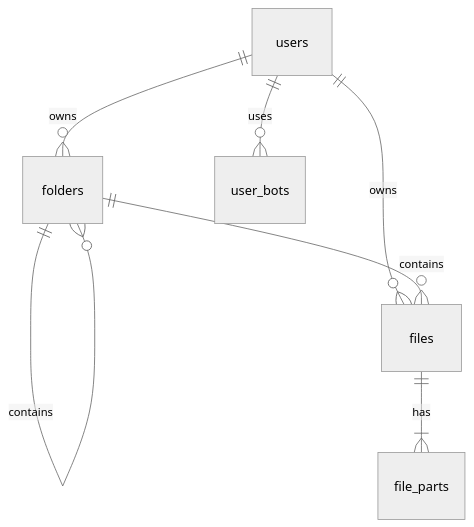
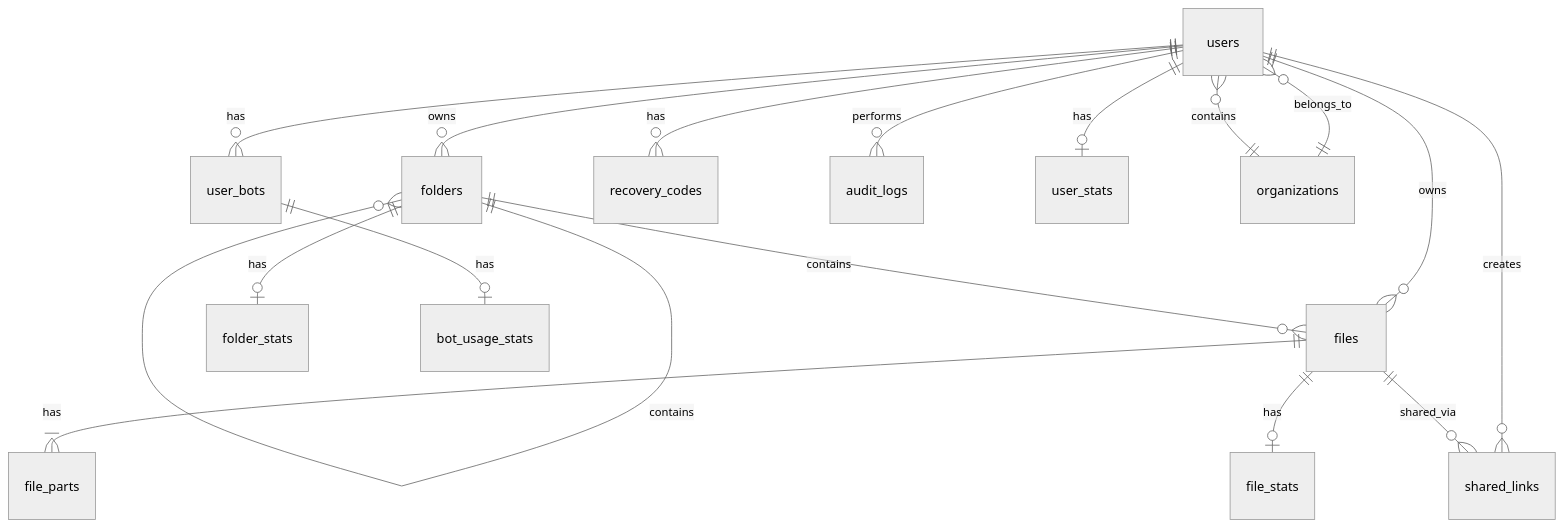
Before and after one commit to kokorolx/telegram-file-management: the diagram in docs/DATABASE.md, drawn with Mermaid (neutral theme). The commit also changed other lines of this file and 17 other files, not shown here.

````diff
--- a/docs/DATABASE.md
+++ b/docs/DATABASE.md
@@ -68,9 +215,23 @@
 ```mermaid
 erDiagram
     users ||--o{ folders : owns
     users ||--o{ files : owns
-    users ||--o{ user_bots : uses
+    users ||--o{ user_bots : has
+    users ||--o{ recovery_codes : has
+    users ||--o{ shared_links : creates
+    users ||--o{ audit_logs : performs
+    users ||--o| user_stats : has
+    users }o--|| organizations : belongs_to
+
     folders ||--o{ folders : contains
     folders ||--o{ files : contains
+    folders ||--o| folder_stats : has
+
     files ||--|{ file_parts : has
+    files ||--o{ shared_links : shared_via
+    files ||--o| file_stats : has
+
+    user_bots ||--o| bot_usage_stats : has
+
+    organizations ||--o{ users : contains
 ```
````
